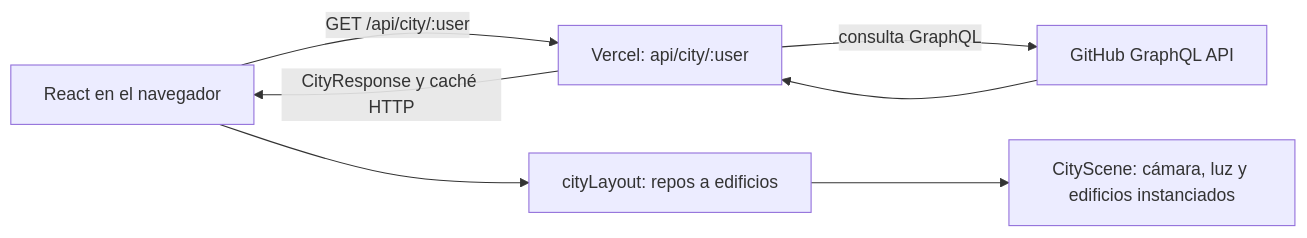
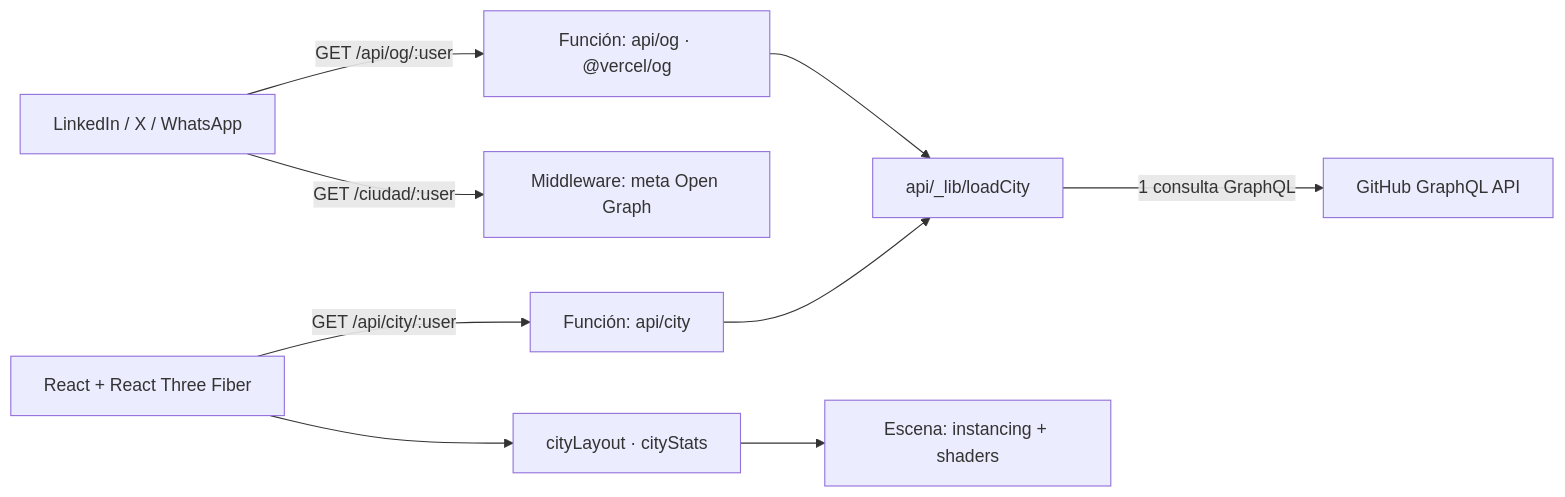
Before and after one commit to Goti112/github-city: the diagram in README.md, drawn with Mermaid. The commit also changed other lines of this file and 2 other files, not shown here.

````diff
--- a/README.md
+++ b/README.md
@@ -29,9 +38,11 @@
 ```mermaid
 flowchart LR
-    Browser[React en el navegador] -->|GET /api/city/:user| Handler[Vercel: api/city/:user]
-    Handler -->|consulta GraphQL| GitHub[GitHub GraphQL API]
-    GitHub --> Handler
-    Handler -->|CityResponse y caché HTTP| Browser
-    Browser --> Layout[cityLayout: repos a edificios]
-    Layout --> Scene[CityScene: cámara, luz y edificios instanciados]
+    Browser[React + React Three Fiber] -->|GET /api/city/:user| City[Función: api/city]
+    Crawler[LinkedIn / X / WhatsApp] -->|GET /ciudad/:user| MW[Middleware: meta Open Graph]
+    Crawler -->|GET /api/og/:user| OG[Función: api/og · @vercel/og]
+    City --> Load[api/_lib/loadCity]
+    OG --> Load
+    Load -->|1 consulta GraphQL| GitHub[GitHub GraphQL API]
+    Browser --> Layout[cityLayout · cityStats]
+    Layout --> Scene[Escena: instancing + shaders]
 ```
````
